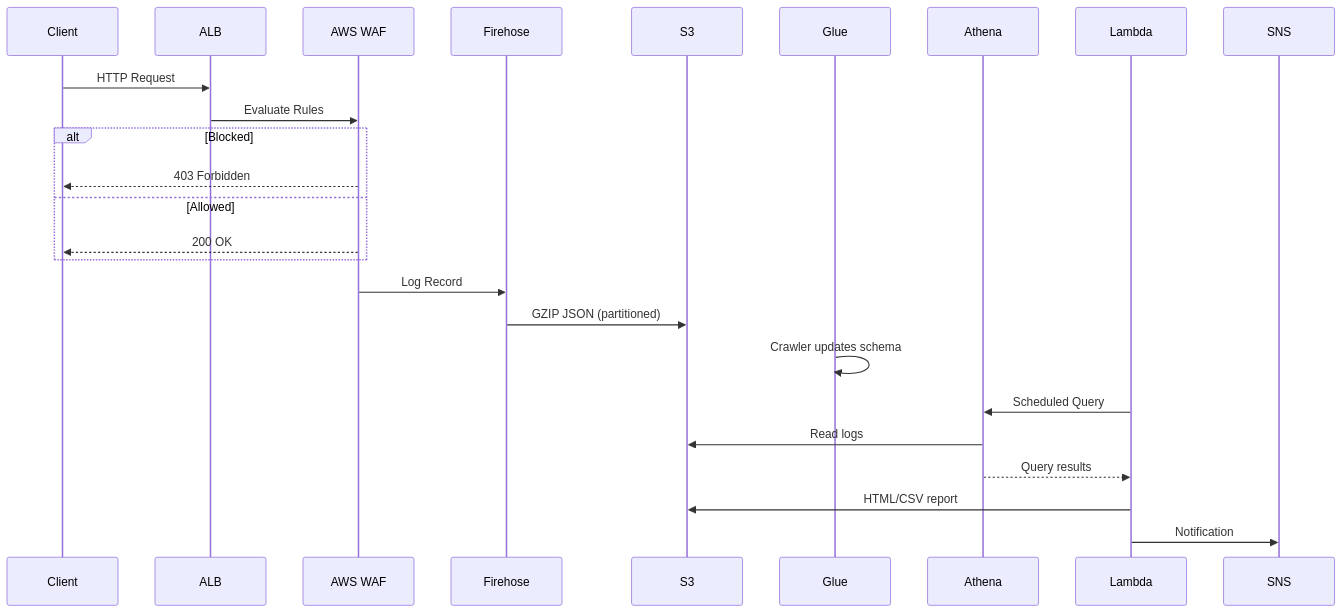
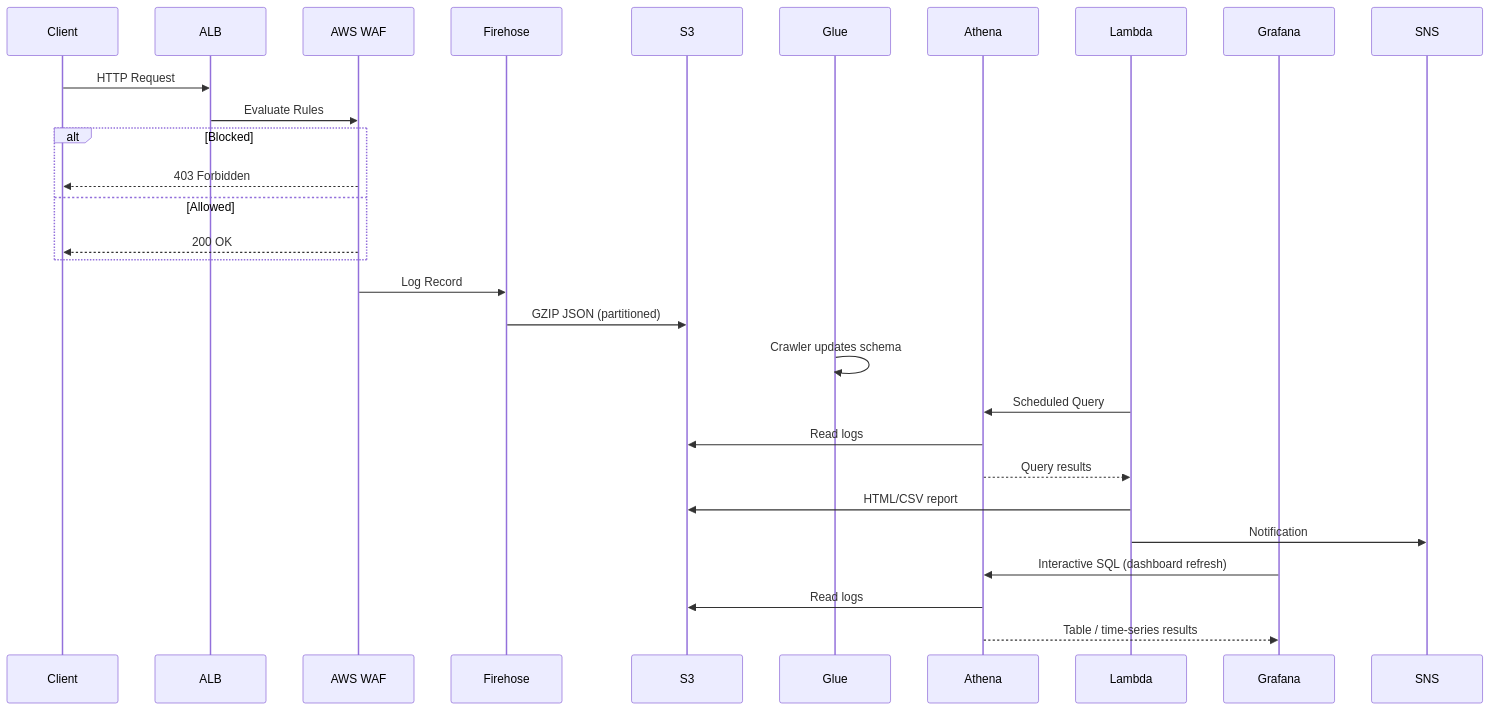
The third of 7 diagrams in diagrams/architecture.md (durgaprasadraju/aws-wafsecurity-monitoring), drawn with Mermaid before and after one commit. The commit also changed other lines of this file and 19 other files, not shown here.

Commit message:
grafana athena dashboard

````diff
--- a/diagrams/architecture.md
+++ b/diagrams/architecture.md
@@ -57,27 +91,31 @@
 ```mermaid
 sequenceDiagram
     participant C as Client
     participant ALB as ALB
     participant WAF as AWS WAF
     participant FH as Firehose
     participant S3 as S3
     participant G as Glue
     participant A as Athena
     participant L as Lambda
+    participant Gf as Grafana
 
     C->>ALB: HTTP Request
     ALB->>WAF: Evaluate Rules
     alt Blocked
         WAF-->>C: 403 Forbidden
     else Allowed
         WAF-->>C: 200 OK
     end
     WAF->>FH: Log Record
     FH->>S3: GZIP JSON (partitioned)
     G->>G: Crawler updates schema
     L->>A: Scheduled Query
     A->>S3: Read logs
     A-->>L: Query results
     L->>S3: HTML/CSV report
     L->>SNS: Notification
+    Gf->>A: Interactive SQL (dashboard refresh)
+    A->>S3: Read logs
+    A-->>Gf: Table / time-series results
 ```
````
